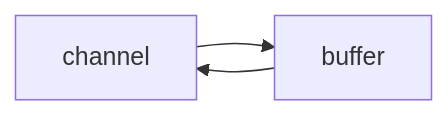
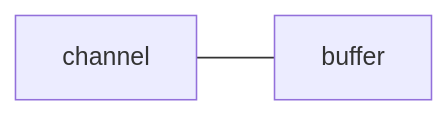
The first of 6 diagrams in 网络编程/Netty01- nio.md (csliujw/CodeNotes), drawn with Mermaid before and after one commit. The commit also changed other lines of this file and 56 other files, not shown here.

````diff
--- a/网络编程/Netty01- nio.md
+++ b/网络编程/Netty01- nio.md
@@ -13,5 +13,4 @@
 ```mermaid
 graph LR
-channel --> buffer
-buffer --> channel
+channel --- buffer
 ```
````
